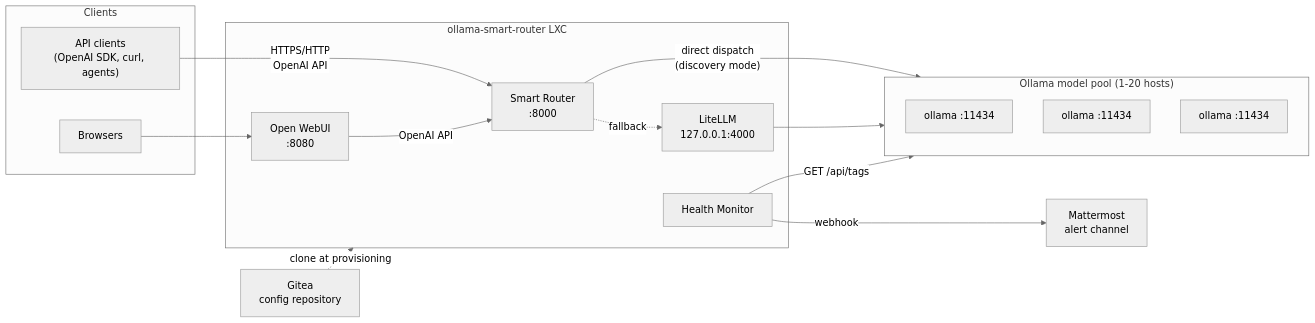
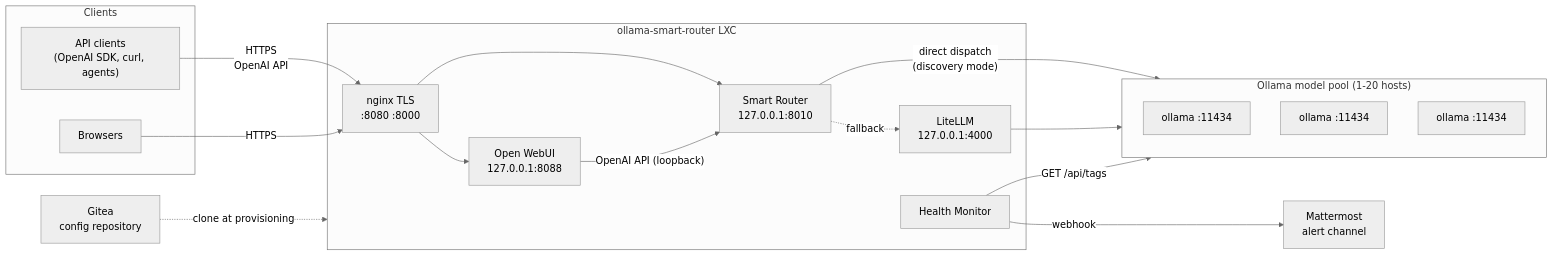
The first of 5 diagrams in ARCHITECTURE.md (wwarren/osr), drawn with Mermaid (neutral theme) before and after one commit. The commit also changed other lines of this file and 3 other files, not shown here.

````diff
--- a/ARCHITECTURE.md
+++ b/ARCHITECTURE.md
@@ -40,33 +40,36 @@
 ```mermaid
 flowchart LR
     subgraph clients[Clients]
         api["API clients<br/>(OpenAI SDK, curl, agents)"]
         browser["Browsers"]
     end
 
     subgraph ct["ollama-smart-router LXC"]
-        router["Smart Router<br/>:8000"]
-        webui["Open WebUI<br/>:8080"]
+        nginx["nginx TLS<br/>:8080 :8000"]
+        router["Smart Router<br/>127.0.0.1:8010"]
+        webui["Open WebUI<br/>127.0.0.1:8088"]
         litellm["LiteLLM<br/>127.0.0.1:4000"]
         monitor["Health Monitor"]
     end
 
     subgraph pool["Ollama model pool (1-20 hosts)"]
         o1["ollama :11434"]
         o2["ollama :11434"]
         oN["ollama :11434"]
     end
 
     gitea["Gitea<br/>config repository"]
     mm["Mattermost<br/>alert channel"]
 
-    api -->|"HTTPS/HTTP<br/>OpenAI API"| router
-    browser --> webui
-    webui -->|OpenAI API| router
+    api -->|"HTTPS<br/>OpenAI API"| nginx
+    browser -->|HTTPS| nginx
+    nginx --> webui
+    nginx --> router
+    webui -->|"OpenAI API (loopback)"| router
     router -->|"direct dispatch<br/>(discovery mode)"| pool
     router -.->|"fallback"| litellm
     litellm --> pool
     monitor -->|"GET /api/tags"| pool
     monitor -->|"webhook"| mm
     gitea -.->|"clone at provisioning"| ct
 ```
````
